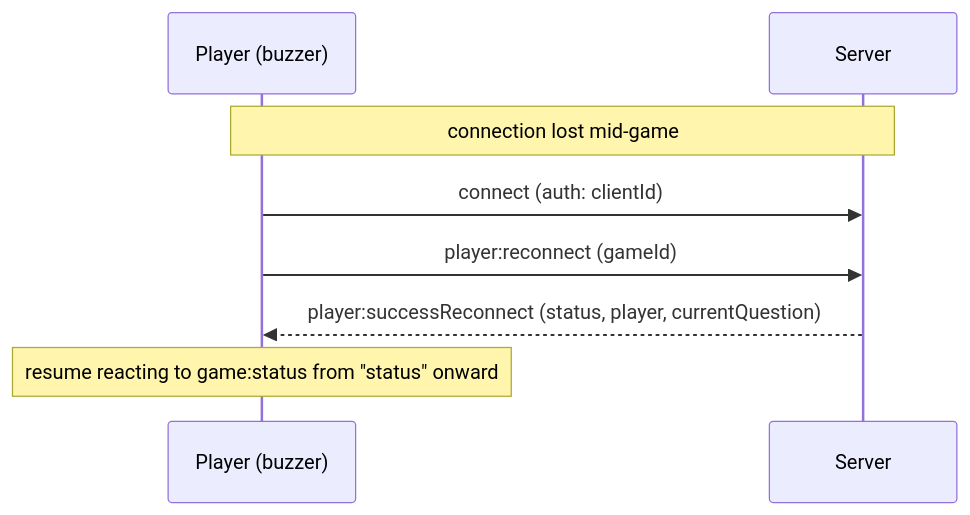
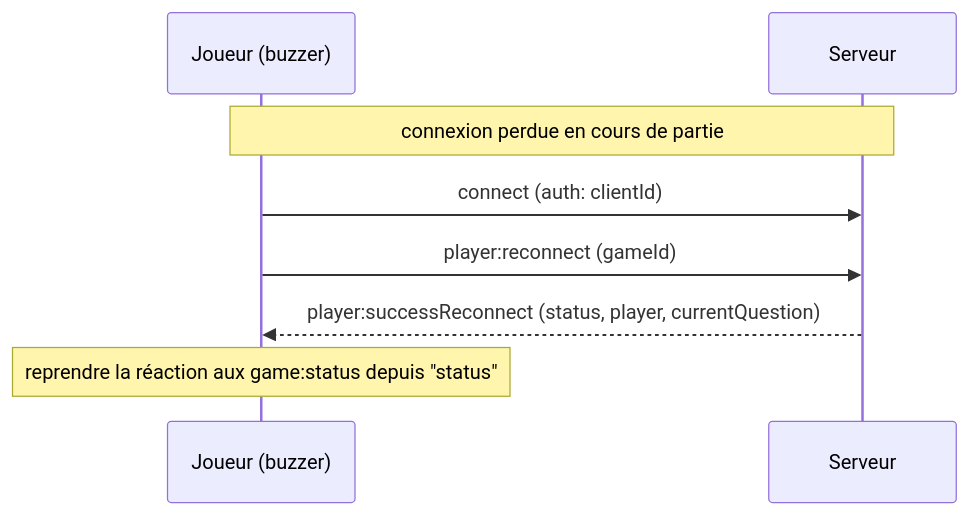
Before and after one commit to G-I-Gio/Praxis: the second of 2 diagrams in docs/websocket-protocol.md, drawn with Mermaid. The commit also changed other lines of this file and 63 other files, not shown here.

````diff
--- a/docs/websocket-protocol.md
+++ b/docs/websocket-protocol.md
@@ -154,13 +156,13 @@
 ```mermaid
 sequenceDiagram
-    participant P as Player (buzzer)
-    participant S as Server
+    participant P as Joueur (buzzer)
+    participant S as Serveur
 
-    Note over P,S: connection lost mid-game
+    Note over P,S: connexion perdue en cours de partie
 
     P->>S: connect (auth: clientId)
     P->>S: player:reconnect (gameId)
     S-->>P: player:successReconnect (status, player, currentQuestion)
 
-    Note over P: resume reacting to game:status from "status" onward
+    Note over P: reprendre la réaction aux game:status depuis "status"
 ```
````
